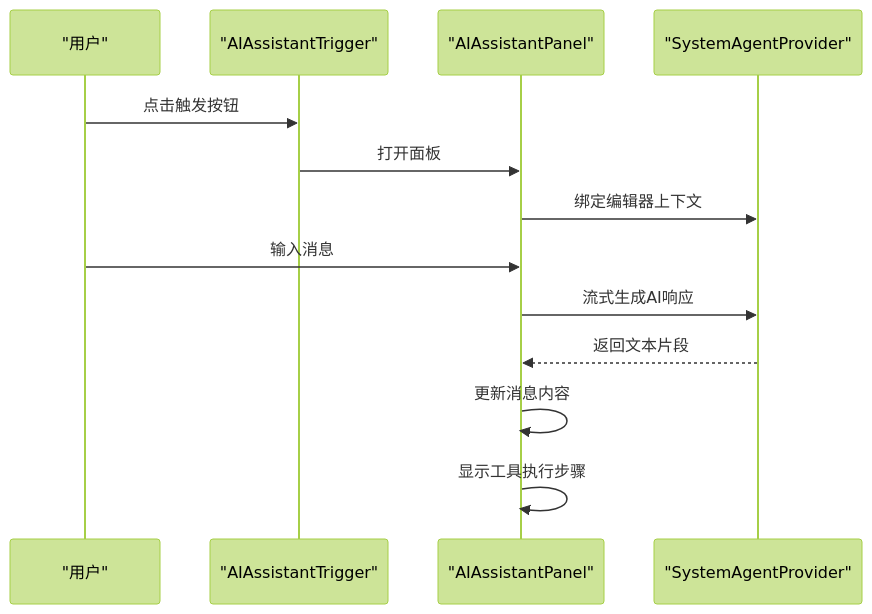
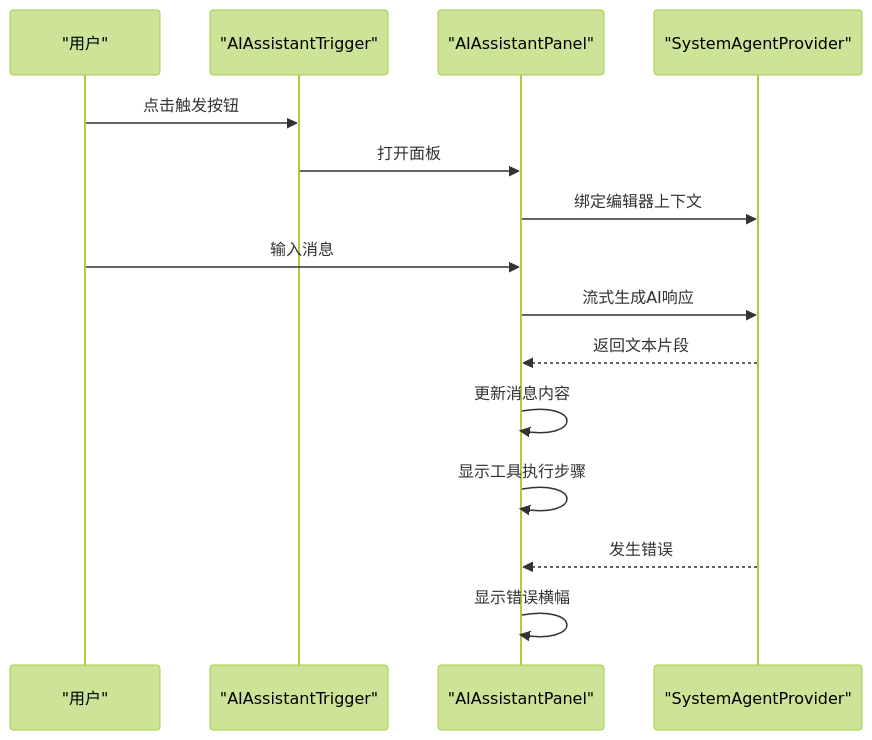
Before and after one commit to LRF0422/Kotion: the ninth of 17 diagrams in .qoder/repowiki/zh/content/功能模块/AI插件/AI聊天界面.md, drawn with Mermaid (forest theme). The commit also changed other lines of this file and 34 other files, not shown here.

````diff
--- a/.qoder/repowiki/zh/content/功能模块/AI插件/AI聊天界面.md
+++ b/.qoder/repowiki/zh/content/功能模块/AI插件/AI聊天界面.md
@@ -473,15 +504,17 @@
 ```mermaid
 sequenceDiagram
 participant U as "用户"
 participant T as "AIAssistantTrigger"
 participant P as "AIAssistantPanel"
 participant S as "SystemAgentProvider"
 U->>T : 点击触发按钮
 T->>P : 打开面板
 P->>S : 绑定编辑器上下文
 U->>P : 输入消息
 P->>S : 流式生成AI响应
 S-->>P : 返回文本片段
 P->>P : 更新消息内容
 P->>P : 显示工具执行步骤
+S-->>P : 发生错误
+P->>P : 显示错误横幅
 ```
````
